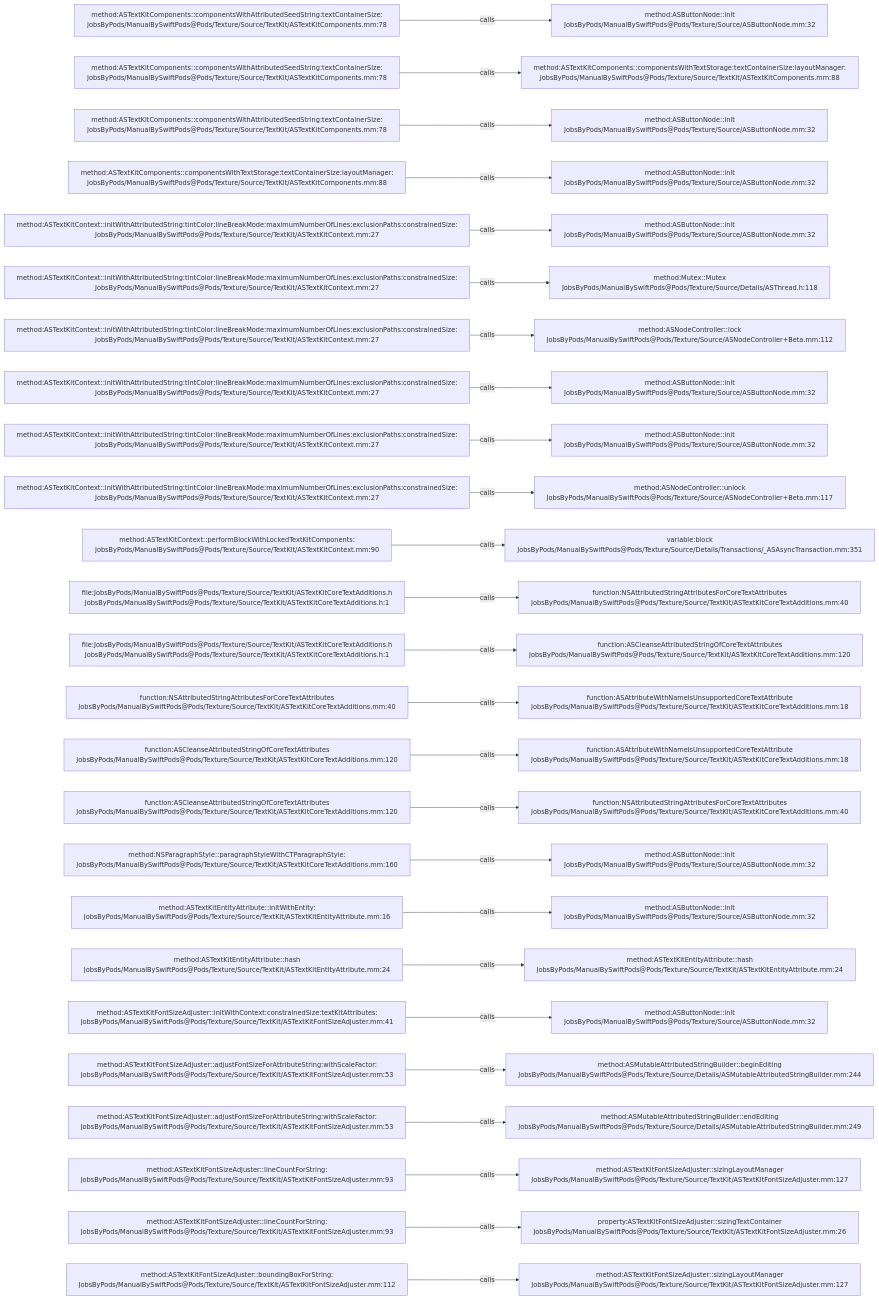
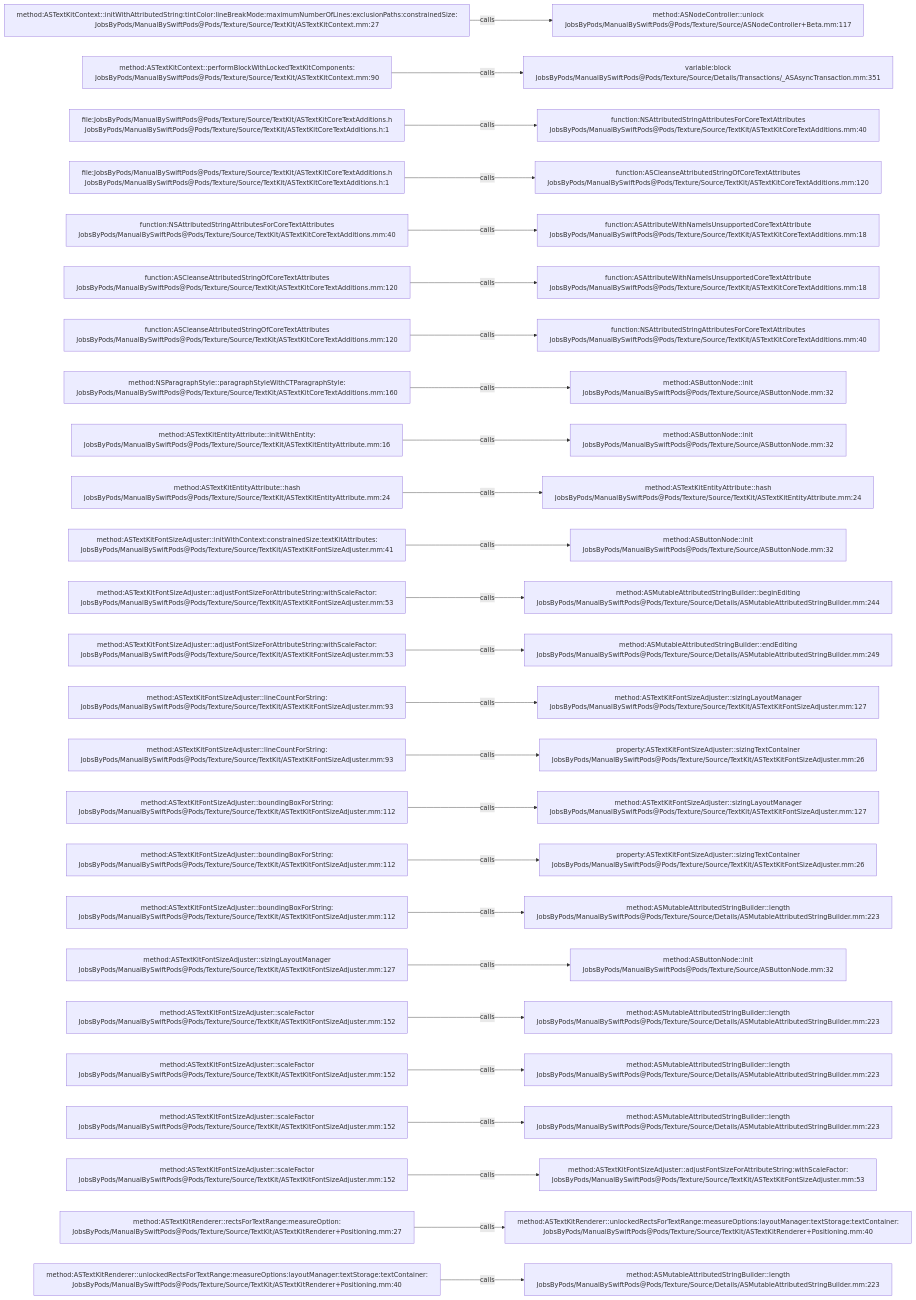
One commit to JobsKits/JobsSwiftBaseConfigDemo changed the diagram in .codegraph/codegraph.md/graphs/calls-148.md. Above: the diagram before and after it, drawn with Mermaid. The commit also changed 707 other files, not shown here.

````diff
--- a/.codegraph/codegraph.md/graphs/calls-148.md
+++ b/.codegraph/codegraph.md/graphs/calls-148.md
@@ -13,78 +13,78 @@
 ```mermaid
 flowchart LR
-  S1["method:ASTextKitComponents::componentsWithAttributedSeedString:textContainerSize:<br/>JobsByPods/ManualBySwiftPods@Pods/Texture/Source/TextKit/ASTextKitComponents.mm:78"]
-  T1["method:ASButtonNode::init<br/>JobsByPods/ManualBySwiftPods@Pods/Texture/Source/ASButtonNode.mm:32"]
+  S1["method:ASTextKitContext::initWithAttributedString:tintColor:lineBreakMode:maximumNumberOfLines:exclusionPaths:constrainedSize:<br/>JobsByPods/ManualBySwiftPods@Pods/Texture/Source/TextKit/ASTextKitContext.mm:27"]
+  T1["method:ASNodeController::unlock<br/>JobsByPods/ManualBySwiftPods@Pods/Texture/Source/ASNodeController+Beta.mm:117"]
   S1 -->|calls| T1
-  S2["method:ASTextKitComponents::componentsWithAttributedSeedString:textContainerSize:<br/>JobsByPods/ManualBySwiftPods@Pods/Texture/Source/TextKit/ASTextKitComponents.mm:78"]
-  T2["method:ASTextKitComponents::componentsWithTextStorage:textContainerSize:layoutManager:<br/>JobsByPods/ManualBySwiftPods@Pods/Texture/Source/TextKit/ASTextKitComponents.mm:88"]
+  S2["method:ASTextKitContext::performBlockWithLockedTextKitComponents:<br/>JobsByPods/ManualBySwiftPods@Pods/Texture/Source/TextKit/ASTextKitContext.mm:90"]
+  T2["variable:block<br/>JobsByPods/ManualBySwiftPods@Pods/Texture/Source/Details/Transactions/_ASAsyncTransaction.mm:351"]
   S2 -->|calls| T2
-  S3["method:ASTextKitComponents::componentsWithAttributedSeedString:textContainerSize:<br/>JobsByPods/ManualBySwiftPods@Pods/Texture/Source/TextKit/ASTextKitComponents.mm:78"]
-  T3["method:ASButtonNode::init<br/>JobsByPods/ManualBySwiftPods@Pods/Texture/Source/ASButtonNode.mm:32"]
+  S3["file:JobsByPods/ManualBySwiftPods@Pods/Texture/Source/TextKit/ASTextKitCoreTextAdditions.h<br/>JobsByPods/ManualBySwiftPods@Pods/Texture/Source/TextKit/ASTextKitCoreTextAdditions.h:1"]
+  T3["function:NSAttributedStringAttributesForCoreTextAttributes<br/>JobsByPods/ManualBySwiftPods@Pods/Texture/Source/TextKit/ASTextKitCoreTextAdditions.mm:40"]
   S3 -->|calls| T3
-  S4["method:ASTextKitComponents::componentsWithTextStorage:textContainerSize:layoutManager:<br/>JobsByPods/ManualBySwiftPods@Pods/Texture/Source/TextKit/ASTextKitComponents.mm:88"]
-  T4["method:ASButtonNode::init<br/>JobsByPods/ManualBySwiftPods@Pods/Texture/Source/ASButtonNode.mm:32"]
+  S4["file:JobsByPods/ManualBySwiftPods@Pods/Texture/Source/TextKit/ASTextKitCoreTextAdditions.h<br/>JobsByPods/ManualBySwiftPods@Pods/Texture/Source/TextKit/ASTextKitCoreTextAdditions.h:1"]
+  T4["function:ASCleanseAttributedStringOfCoreTextAttributes<br/>JobsByPods/ManualBySwiftPods@Pods/Texture/Source/TextKit/ASTextKitCoreTextAdditions.mm:120"]
   S4 -->|calls| T4
-  S5["method:ASTextKitContext::initWithAttributedString:tintColor:lineBreakMode:maximumNumberOfLines:exclusionPaths:constrainedSize:<br/>JobsByPods/ManualBySwiftPods@Pods/Texture/Source/TextKit/ASTextKitContext.mm:27"]
-  T5["method:ASButtonNode::init<br/>JobsByPods/ManualBySwiftPods@Pods/Texture/Source/ASButtonNode.mm:32"]
+  S5["function:NSAttributedStringAttributesForCoreTextAttributes<br/>JobsByPods/ManualBySwiftPods@Pods/Texture/Source/TextKit/ASTextKitCoreTextAdditions.mm:40"]
+  T5["function:ASAttributeWithNameIsUnsupportedCoreTextAttribute<br/>JobsByPods/ManualBySwiftPods@Pods/Texture/Source/TextKit/ASTextKitCoreTextAdditions.mm:18"]
   S5 -->|calls| T5
-  S6["method:ASTextKitContext::initWithAttributedString:tintColor:lineBreakMode:maximumNumberOfLines:exclusionPaths:constrainedSize:<br/>JobsByPods/ManualBySwiftPods@Pods/Texture/Source/TextKit/ASTextKitContext.mm:27"]
-  T6["method:Mutex::Mutex<br/>JobsByPods/ManualBySwiftPods@Pods/Texture/Source/Details/ASThread.h:118"]
+  S6["function:ASCleanseAttributedStringOfCoreTextAttributes<br/>JobsByPods/ManualBySwiftPods@Pods/Texture/Source/TextKit/ASTextKitCoreTextAdditions.mm:120"]
+  T6["function:ASAttributeWithNameIsUnsupportedCoreTextAttribute<br/>JobsByPods/ManualBySwiftPods@Pods/Texture/Source/TextKit/ASTextKitCoreTextAdditions.mm:18"]
   S6 -->|calls| T6
-  S7["method:ASTextKitContext::initWithAttributedString:tintColor:lineBreakMode:maximumNumberOfLines:exclusionPaths:constrainedSize:<br/>JobsByPods/ManualBySwiftPods@Pods/Texture/Source/TextKit/ASTextKitContext.mm:27"]
-  T7["method:ASNodeController::lock<br/>JobsByPods/ManualBySwiftPods@Pods/Texture/Source/ASNodeController+Beta.mm:112"]
+  S7["function:ASCleanseAttributedStringOfCoreTextAttributes<br/>JobsByPods/ManualBySwiftPods@Pods/Texture/Source/TextKit/ASTextKitCoreTextAdditions.mm:120"]
+  T7["function:NSAttributedStringAttributesForCoreTextAttributes<br/>JobsByPods/ManualBySwiftPods@Pods/Texture/Source/TextKit/ASTextKitCoreTextAdditions.mm:40"]
   S7 -->|calls| T7
-  S8["method:ASTextKitContext::initWithAttributedString:tintColor:lineBreakMode:maximumNumberOfLines:exclusionPaths:constrainedSize:<br/>JobsByPods/ManualBySwiftPods@Pods/Texture/Source/TextKit/ASTextKitContext.mm:27"]
+  S8["method:NSParagraphStyle::paragraphStyleWithCTParagraphStyle:<br/>JobsByPods/ManualBySwiftPods@Pods/Texture/Source/TextKit/ASTextKitCoreTextAdditions.mm:160"]
   T8["method:ASButtonNode::init<br/>JobsByPods/ManualBySwiftPods@Pods/Texture/Source/ASButtonNode.mm:32"]
   S8 -->|calls| T8
-  S9["method:ASTextKitContext::initWithAttributedString:tintColor:lineBreakMode:maximumNumberOfLines:exclusionPaths:constrainedSize:<br/>JobsByPods/ManualBySwiftPods@Pods/Texture/Source/TextKit/ASTextKitContext.mm:27"]
+  S9["method:ASTextKitEntityAttribute::initWithEntity:<br/>JobsByPods/ManualBySwiftPods@Pods/Texture/Source/TextKit/ASTextKitEntityAttribute.mm:16"]
   T9["method:ASButtonNode::init<br/>JobsByPods/ManualBySwiftPods@Pods/Texture/Source/ASButtonNode.mm:32"]
   S9 -->|calls| T9
-  S10["method:ASTextKitContext::initWithAttributedString:tintColor:lineBreakMode:maximumNumberOfLines:exclusionPaths:constrainedSize:<br/>JobsByPods/ManualBySwiftPods@Pods/Texture/Source/TextKit/ASTextKitContext.mm:27"]
-  T10["method:ASNodeController::unlock<br/>JobsByPods/ManualBySwiftPods@Pods/Texture/Source/ASNodeController+Beta.mm:117"]
+  S10["method:ASTextKitEntityAttribute::hash<br/>JobsByPods/ManualBySwiftPods@Pods/Texture/Source/TextKit/ASTextKitEntityAttribute.mm:24"]
+  T10["method:ASTextKitEntityAttribute::hash<br/>JobsByPods/ManualBySwiftPods@Pods/Texture/Source/TextKit/ASTextKitEntityAttribute.mm:24"]
   S10 -->|calls| T10
-  S11["method:ASTextKitContext::performBlockWithLockedTextKitComponents:<br/>JobsByPods/ManualBySwiftPods@Pods/Texture/Source/TextKit/ASTextKitContext.mm:90"]
-  T11["variable:block<br/>JobsByPods/ManualBySwiftPods@Pods/Texture/Source/Details/Transactions/_ASAsyncTransaction.mm:351"]
+  S11["method:ASTextKitFontSizeAdjuster::initWithContext:constrainedSize:textKitAttributes:<br/>JobsByPods/ManualBySwiftPods@Pods/Texture/Source/TextKit/ASTextKitFontSizeAdjuster.mm:41"]
+  T11["method:ASButtonNode::init<br/>JobsByPods/ManualBySwiftPods@Pods/Texture/Source/ASButtonNode.mm:32"]
   S11 -->|calls| T11
-  S12["file:JobsByPods/ManualBySwiftPods@Pods/Texture/Source/TextKit/ASTextKitCoreTextAdditions.h<br/>JobsByPods/ManualBySwiftPods@Pods/Texture/Source/TextKit/ASTextKitCoreTextAdditions.h:1"]
-  T12["function:NSAttributedStringAttributesForCoreTextAttributes<br/>JobsByPods/ManualBySwiftPods@Pods/Texture/Source/TextKit/ASTextKitCoreTextAdditions.mm:40"]
+  S12["method:ASTextKitFontSizeAdjuster::adjustFontSizeForAttributeString:withScaleFactor:<br/>JobsByPods/ManualBySwiftPods@Pods/Texture/Source/TextKit/ASTextKitFontSizeAdjuster.mm:53"]
+  T12["method:ASMutableAttributedStringBuilder::beginEditing<br/>JobsByPods/ManualBySwiftPods@Pods/Texture/Source/Details/ASMutableAttributedStringBuilder.mm:244"]
   S12 -->|calls| T12
-  S13["file:JobsByPods/ManualBySwiftPods@Pods/Texture/Source/TextKit/ASTextKitCoreTextAdditions.h<br/>JobsByPods/ManualBySwiftPods@Pods/Texture/Source/TextKit/ASTextKitCoreTextAdditions.h:1"]
-  T13["function:ASCleanseAttributedStringOfCoreTextAttributes<br/>JobsByPods/ManualBySwiftPods@Pods/Texture/Source/TextKit/ASTextKitCoreTextAdditions.mm:120"]
+  S13["method:ASTextKitFontSizeAdjuster::adjustFontSizeForAttributeString:withScaleFactor:<br/>JobsByPods/ManualBySwiftPods@Pods/Texture/Source/TextKit/ASTextKitFontSizeAdjuster.mm:53"]
+  T13["method:ASMutableAttributedStringBuilder::endEditing<br/>JobsByPods/ManualBySwiftPods@Pods/Texture/Source/Details/ASMutableAttributedStringBuilder.mm:249"]
   S13 -->|calls| T13
-  S14["function:NSAttributedStringAttributesForCoreTextAttributes<br/>JobsByPods/ManualBySwiftPods@Pods/Texture/Source/TextKit/ASTextKitCoreTextAdditions.mm:40"]
-  T14["function:ASAttributeWithNameIsUnsupportedCoreTextAttribute<br/>JobsByPods/ManualBySwiftPods@Pods/Texture/Source/TextKit/ASTextKitCoreTextAdditions.mm:18"]
+  S14["method:ASTextKitFontSizeAdjuster::lineCountForString:<br/>JobsByPods/ManualBySwiftPods@Pods/Texture/Source/TextKit/ASTextKitFontSizeAdjuster.mm:93"]
+  T14["method:ASTextKitFontSizeAdjuster::sizingLayoutManager<br/>JobsByPods/ManualBySwiftPods@Pods/Texture/Source/TextKit/ASTextKitFontSizeAdjuster.mm:127"]
   S14 -->|calls| T14
-  S15["function:ASCleanseAttributedStringOfCoreTextAttributes<br/>JobsByPods/ManualBySwiftPods@Pods/Texture/Source/TextKit/ASTextKitCoreTextAdditions.mm:120"]
-  T15["function:ASAttributeWithNameIsUnsupportedCoreTextAttribute<br/>JobsByPods/ManualBySwiftPods@Pods/Texture/Source/TextKit/ASTextKitCoreTextAdditions.mm:18"]
+  S15["method:ASTextKitFontSizeAdjuster::lineCountForString:<br/>JobsByPods/ManualBySwiftPods@Pods/Texture/Source/TextKit/ASTextKitFontSizeAdjuster.mm:93"]
+  T15["property:ASTextKitFontSizeAdjuster::sizingTextContainer<br/>JobsByPods/ManualBySwiftPods@Pods/Texture/Source/TextKit/ASTextKitFontSizeAdjuster.mm:26"]
   S15 -->|calls| T15
-  S16["function:ASCleanseAttributedStringOfCoreTextAttributes<br/>JobsByPods/ManualBySwiftPods@Pods/Texture/Source/TextKit/ASTextKitCoreTextAdditions.mm:120"]
-  T16["function:NSAttributedStringAttributesForCoreTextAttributes<br/>JobsByPods/ManualBySwiftPods@Pods/Texture/Source/TextKit/ASTextKitCoreTextAdditions.mm:40"]
+  S16["method:ASTextKitFontSizeAdjuster::boundingBoxForString:<br/>JobsByPods/ManualBySwiftPods@Pods/Texture/Source/TextKit/ASTextKitFontSizeAdjuster.mm:112"]
+  T16["method:ASTextKitFontSizeAdjuster::sizingLayoutManager<br/>JobsByPods/ManualBySwiftPods@Pods/Texture/Source/TextKit/ASTextKitFontSizeAdjuster.mm:127"]
   S16 -->|calls| T16
-  S17["method:NSParagraphStyle::paragraphStyleWithCTParagraphStyle:<br/>JobsByPods/ManualBySwiftPods@Pods/Texture/Source/TextKit/ASTextKitCoreTextAdditions.mm:160"]
-  T17["method:ASButtonNode::init<br/>JobsByPods/ManualBySwiftPods@Pods/Texture/Source/ASButtonNode.mm:32"]
+  S17["method:ASTextKitFontSizeAdjuster::boundingBoxForString:<br/>JobsByPods/ManualBySwiftPods@Pods/Texture/Source/TextKit/ASTextKitFontSizeAdjuster.mm:112"]
+  T17["property:ASTextKitFontSizeAdjuster::sizingTextContainer<br/>JobsByPods/ManualBySwiftPods@Pods/Texture/Source/TextKit/ASTextKitFontSizeAdjuster.mm:26"]
   S17 -->|calls| T17
-  S18["method:ASTextKitEntityAttribute::initWithEntity:<br/>JobsByPods/ManualBySwiftPods@Pods/Texture/Source/TextKit/ASTextKitEntityAttribute.mm:16"]
-  T18["method:ASButtonNode::init<br/>JobsByPods/ManualBySwiftPods@Pods/Texture/Source/ASButtonNode.mm:32"]
+  S18["method:ASTextKitFontSizeAdjuster::boundingBoxForString:<br/>JobsByPods/ManualBySwiftPods@Pods/Texture/Source/TextKit/ASTextKitFontSizeAdjuster.mm:112"]
+  T18["method:ASMutableAttributedStringBuilder::length<br/>JobsByPods/ManualBySwiftPods@Pods/Texture/Source/Details/ASMutableAttributedStringBuilder.mm:223"]
   S18 -->|calls| T18
-  S19["method:ASTextKitEntityAttribute::hash<br/>JobsByPods/ManualBySwiftPods@Pods/Texture/Source/TextKit/ASTextKitEntityAttribute.mm:24"]
-  T19["method:ASTextKitEntityAttribute::hash<br/>JobsByPods/ManualBySwiftPods@Pods/Texture/Source/TextKit/ASTextKitEntityAttribute.mm:24"]
+  S19["method:ASTextKitFontSizeAdjuster::sizingLayoutManager<br/>JobsByPods/ManualBySwiftPods@Pods/Texture/Source/TextKit/ASTextKitFontSizeAdjuster.mm:127"]
+  T19["method:ASButtonNode::init<br/>JobsByPods/ManualBySwiftPods@Pods/Texture/Source/ASButtonNode.mm:32"]
   S19 -->|calls| T19
-  S20["method:ASTextKitFontSizeAdjuster::initWithContext:constrainedSize:textKitAttributes:<br/>JobsByPods/ManualBySwiftPods@Pods/Texture/Source/TextKit/ASTextKitFontSizeAdjuster.mm:41"]
-  T20["method:ASButtonNode::init<br/>JobsByPods/ManualBySwiftPods@Pods/Texture/Source/ASButtonNode.mm:32"]
+  S20["method:ASTextKitFontSizeAdjuster::scaleFactor<br/>JobsByPods/ManualBySwiftPods@Pods/Texture/Source/TextKit/ASTextKitFontSizeAdjuster.mm:152"]
+  T20["method:ASMutableAttributedStringBuilder::length<br/>JobsByPods/ManualBySwiftPods@Pods/Texture/Source/Details/ASMutableAttributedStringBuilder.mm:223"]
   S20 -->|calls| T20
-  S21["method:ASTextKitFontSizeAdjuster::adjustFontSizeForAttributeString:withScaleFactor:<br/>JobsByPods/ManualBySwiftPods@Pods/Texture/Source/TextKit/ASTextKitFontSizeAdjuster.mm:53"]
-  T21["method:ASMutableAttributedStringBuilder::beginEditing<br/>JobsByPods/ManualBySwiftPods@Pods/Texture/Source/Details/ASMutableAttributedStringBuilder.mm:244"]
+  S21["method:ASTextKitFontSizeAdjuster::scaleFactor<br/>JobsByPods/ManualBySwiftPods@Pods/Texture/Source/TextKit/ASTextKitFontSizeAdjuster.mm:152"]
+  T21["method:ASMutableAttributedStringBuilder::length<br/>JobsByPods/ManualBySwiftPods@Pods/Texture/Source/Details/ASMutableAttributedStringBuilder.mm:223"]
   S21 -->|calls| T21
-  S22["method:ASTextKitFontSizeAdjuster::adjustFontSizeForAttributeString:withScaleFactor:<br/>JobsByPods/ManualBySwiftPods@Pods/Texture/Source/TextKit/ASTextKitFontSizeAdjuster.mm:53"]
-  T22["method:ASMutableAttributedStringBuilder::endEditing<br/>JobsByPods/ManualBySwiftPods@Pods/Texture/Source/Details/ASMutableAttributedStringBuilder.mm:249"]
+  S22["method:ASTextKitFontSizeAdjuster::scaleFactor<br/>JobsByPods/ManualBySwiftPods@Pods/Texture/Source/TextKit/ASTextKitFontSizeAdjuster.mm:152"]
+  T22["method:ASMutableAttributedStringBuilder::length<br/>JobsByPods/ManualBySwiftPods@Pods/Texture/Source/Details/ASMutableAttributedStringBuilder.mm:223"]
   S22 -->|calls| T22
-  S23["method:ASTextKitFontSizeAdjuster::lineCountForString:<br/>JobsByPods/ManualBySwiftPods@Pods/Texture/Source/TextKit/ASTextKitFontSizeAdjuster.mm:93"]
-  T23["method:ASTextKitFontSizeAdjuster::sizingLayoutManager<br/>JobsByPods/ManualBySwiftPods@Pods/Texture/Source/TextKit/ASTextKitFontSizeAdjuster.mm:127"]
+  S23["method:ASTextKitFontSizeAdjuster::scaleFactor<br/>JobsByPods/ManualBySwiftPods@Pods/Texture/Source/TextKit/ASTextKitFontSizeAdjuster.mm:152"]
+  T23["method:ASTextKitFontSizeAdjuster::adjustFontSizeForAttributeString:withScaleFactor:<br/>JobsByPods/ManualBySwiftPods@Pods/Texture/Source/TextKit/ASTextKitFontSizeAdjuster.mm:53"]
   S23 -->|calls| T23
-  S24["method:ASTextKitFontSizeAdjuster::lineCountForString:<br/>JobsByPods/ManualBySwiftPods@Pods/Texture/Source/TextKit/ASTextKitFontSizeAdjuster.mm:93"]
-  T24["property:ASTextKitFontSizeAdjuster::sizingTextContainer<br/>JobsByPods/ManualBySwiftPods@Pods/Texture/Source/TextKit/ASTextKitFontSizeAdjuster.mm:26"]
+  S24["method:ASTextKitRenderer::rectsForTextRange:measureOption:<br/>JobsByPods/ManualBySwiftPods@Pods/Texture/Source/TextKit/ASTextKitRenderer+Positioning.mm:27"]
+  T24["method:ASTextKitRenderer::unlockedRectsForTextRange:measureOptions:layoutManager:textStorage:textContainer:<br/>JobsByPods/ManualBySwiftPods@Pods/Texture/Source/TextKit/ASTextKitRenderer+Positioning.mm:40"]
   S24 -->|calls| T24
-  S25["method:ASTextKitFontSizeAdjuster::boundingBoxForString:<br/>JobsByPods/ManualBySwiftPods@Pods/Texture/Source/TextKit/ASTextKitFontSizeAdjuster.mm:112"]
-  T25["method:ASTextKitFontSizeAdjuster::sizingLayoutManager<br/>JobsByPods/ManualBySwiftPods@Pods/Texture/Source/TextKit/ASTextKitFontSizeAdjuster.mm:127"]
+  S25["method:ASTextKitRenderer::unlockedRectsForTextRange:measureOptions:layoutManager:textStorage:textContainer:<br/>JobsByPods/ManualBySwiftPods@Pods/Texture/Source/TextKit/ASTextKitRenderer+Positioning.mm:40"]
+  T25["method:ASMutableAttributedStringBuilder::length<br/>JobsByPods/ManualBySwiftPods@Pods/Texture/Source/Details/ASMutableAttributedStringBuilder.mm:223"]
   S25 -->|calls| T25
 ```
````
